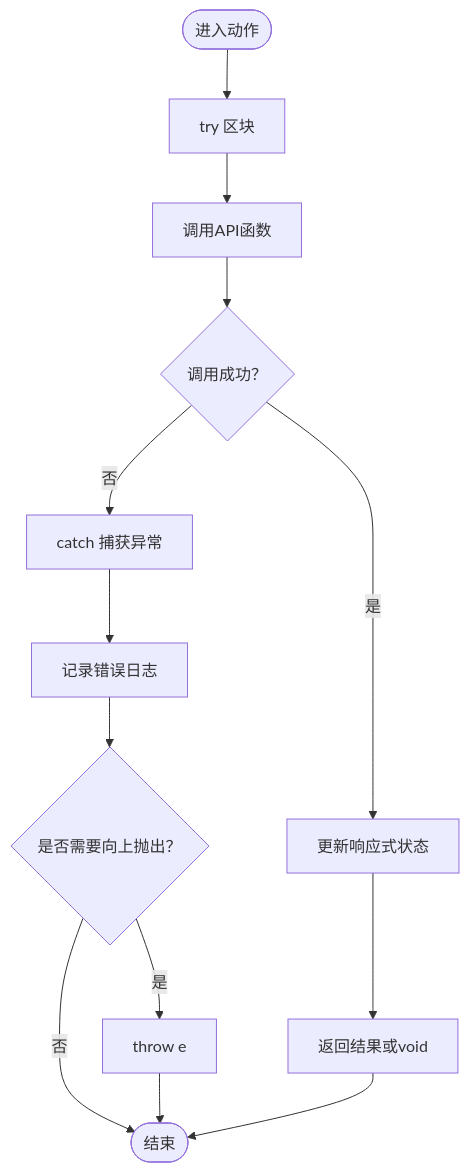
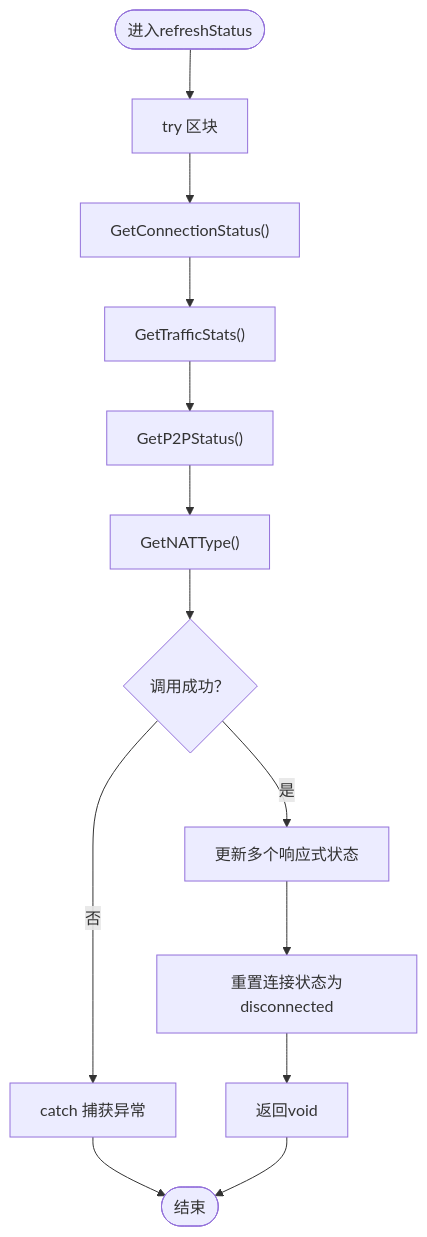
Before and after one commit to itsharex/NexTunnel: the fourth of 7 diagrams in .qoder/repowiki/zh/content/桌面端应用/前端界面系统.md, drawn with Mermaid. The commit also changed other lines of this file and 32 other files, not shown here.

````diff
--- a/.qoder/repowiki/zh/content/桌面端应用/前端界面系统.md
+++ b/.qoder/repowiki/zh/content/桌面端应用/前端界面系统.md
@@ -133,15 +195,15 @@
 ```mermaid
 flowchart TD
-Start(["进入动作"]) --> Try["try 区块"]
-Try --> CallAPI["调用API函数"]
-CallAPI --> Success{"调用成功？"}
-Success --> |是| Update["更新响应式状态"]
+Start(["进入refreshStatus"]) --> Try["try 区块"]
+Try --> GetConn["GetConnectionStatus()"]
+GetConn --> GetStats["GetTrafficStats()"]
+GetStats --> GetP2P["GetP2PStatus()"]
+GetP2P --> GetNAT["GetNATType()"]
+GetNAT --> Success{"调用成功？"}
+Success --> |是| Update["更新多个响应式状态"]
 Success --> |否| Catch["catch 捕获异常"]
-Update --> Return["返回结果或void"]
-Catch --> Log["记录错误日志"]
-Log --> Throw{"是否需要向上抛出？"}
-Throw --> |是| Rethrow["throw e"]
-Throw --> |否| End(["结束"])
-Rethrow --> End
+Update --> Reset["重置连接状态为disconnected"]
+Reset --> Return["返回void"]
+Catch --> End(["结束"])
 Return --> End
 ```
````
